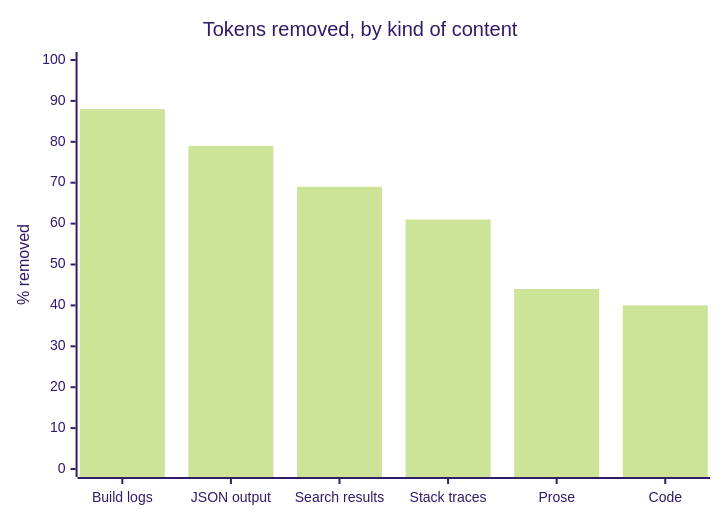
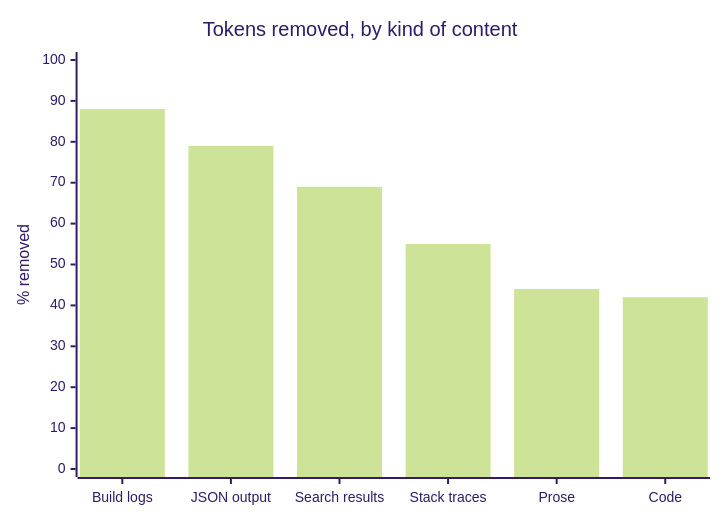
The second of 3 diagrams in README.md (SenseiIssei/Sensei), drawn with Mermaid (forest theme) before and after one commit. The commit also changed other lines of this file and 14 other files, not shown here.

First line of the commit message:
docs: English README for 0.2, changelog, honest install paths, roadmap

````diff
--- a/README.md
+++ b/README.md
@@ -54,7 +58,7 @@
 ```mermaid
 xychart-beta
     title "Tokens removed, by kind of content"
     x-axis ["Build logs", "JSON output", "Search results", "Stack traces", "Prose", "Code"]
     y-axis "% removed" 0 --> 100
-    bar [88, 79, 69, 61, 44, 40]
+    bar [88, 79, 69, 55, 44, 42]
 ```
````
